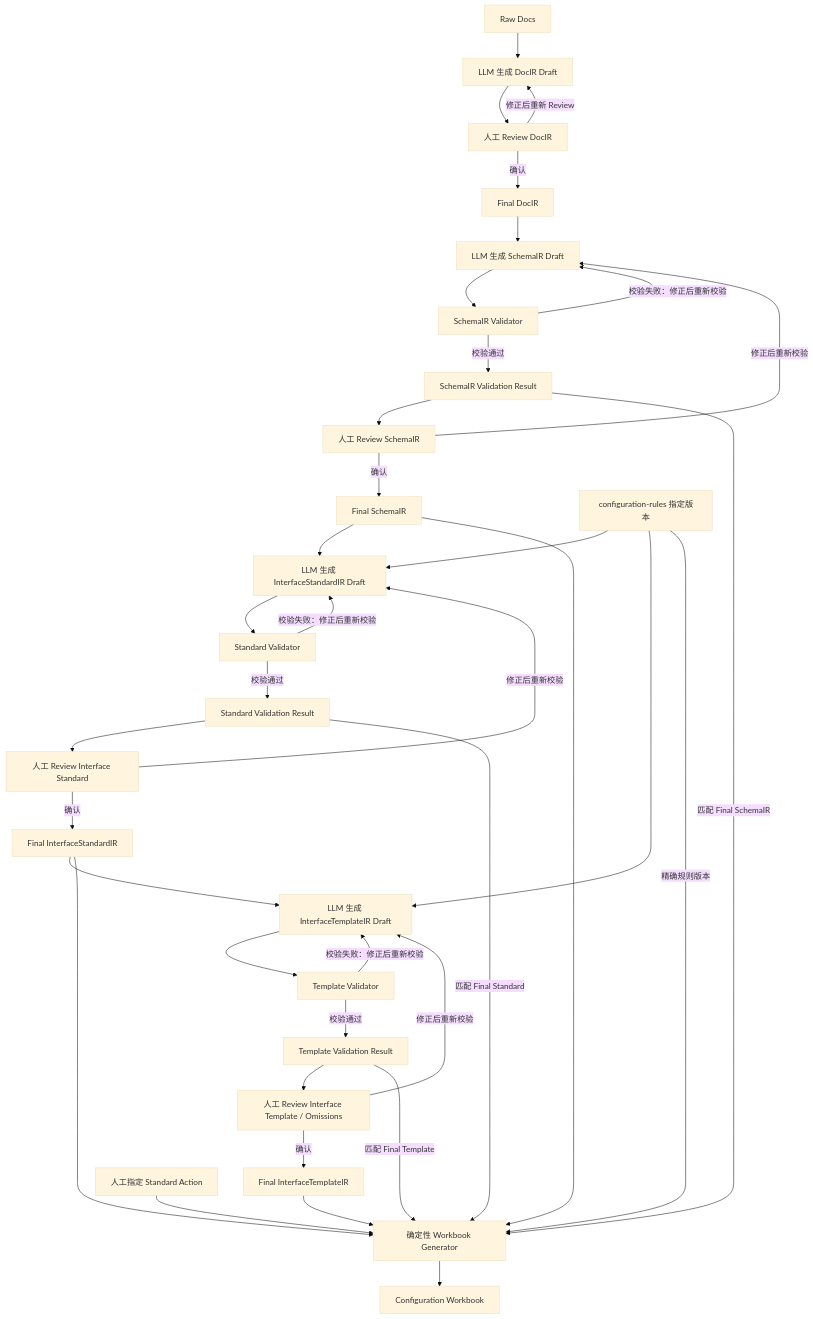
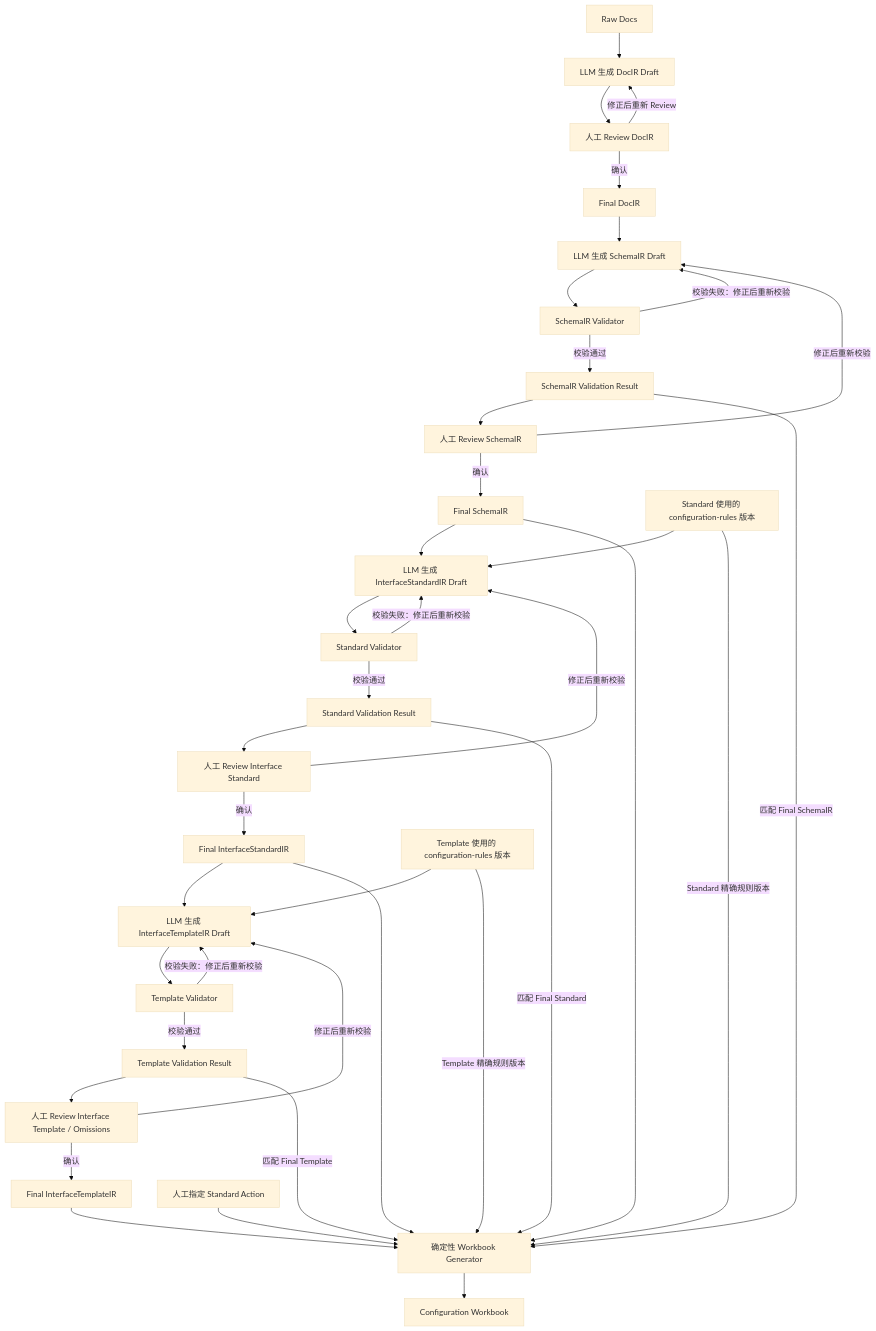
Before and after one commit to bank-config-compiler/bank-config-compiler: the diagram in docs/01-requirements.md, drawn with Mermaid (base theme). The commit also changed other lines of this file and 15 other files, not shown here.

````diff
--- a/docs/01-requirements.md
+++ b/docs/01-requirements.md
@@ -168,43 +170,44 @@
 ```mermaid
 flowchart TD
     A["Raw Docs"] --> B["LLM 生成 DocIR Draft"]
     B --> C["人工 Review DocIR"]
     C -->|"修正后重新 Review"| B
     C -->|"确认"| D["Final DocIR"]
 
     D --> E["LLM 生成 SchemaIR Draft"]
     E --> F["SchemaIR Validator"]
     F -->|"校验失败：修正后重新校验"| E
     F -->|"校验通过"| SV["SchemaIR Validation Result"]
     SV --> G["人工 Review SchemaIR"]
     G -->|"修正后重新校验"| E
     G -->|"确认"| H["Final SchemaIR"]
 
     H --> I["LLM 生成 InterfaceStandardIR Draft"]
-    R["configuration-rules 指定版本"] --> I
+    RS["Standard 使用的 configuration-rules 版本"] --> I
     I --> J["Standard Validator"]
     J -->|"校验失败：修正后重新校验"| I
     J -->|"校验通过"| STV["Standard Validation Result"]
     STV --> K["人工 Review Interface Standard"]
     K -->|"修正后重新校验"| I
     K -->|"确认"| L["Final InterfaceStandardIR"]
 
     L --> M["LLM 生成 InterfaceTemplateIR Draft"]
-    R --> M
+    RT["Template 使用的 configuration-rules 版本"] --> M
     M --> N["Template Validator"]
     N -->|"校验失败：修正后重新校验"| M
     N -->|"校验通过"| TV["Template Validation Result"]
     TV --> O["人工 Review Interface Template / Omissions"]
     O -->|"修正后重新校验"| M
     O -->|"确认"| P["Final InterfaceTemplateIR"]
 
     H --> Q["确定性 Workbook Generator"]
     L --> Q
     P --> Q
     SV -->|"匹配 Final SchemaIR"| Q
     STV -->|"匹配 Final Standard"| Q
     TV -->|"匹配 Final Template"| Q
-    R -->|"精确规则版本"| Q
+    RS -->|"Standard 精确规则版本"| Q
+    RT -->|"Template 精确规则版本"| Q
     X["人工指定 Standard Action"] --> Q
     Q --> W["Configuration Workbook"]
 ```
````
